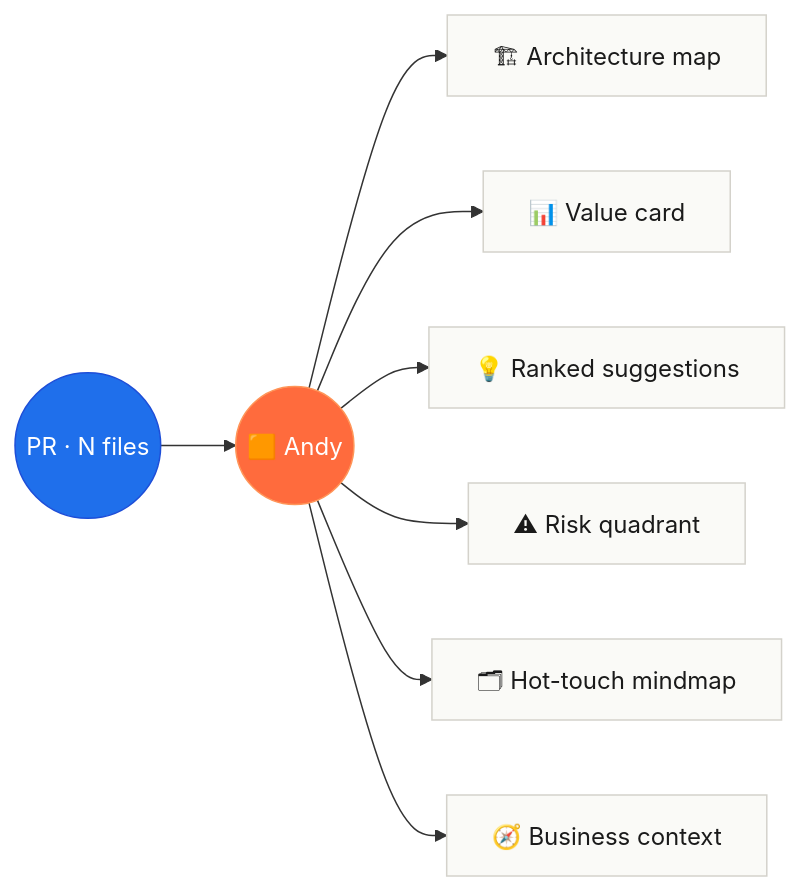
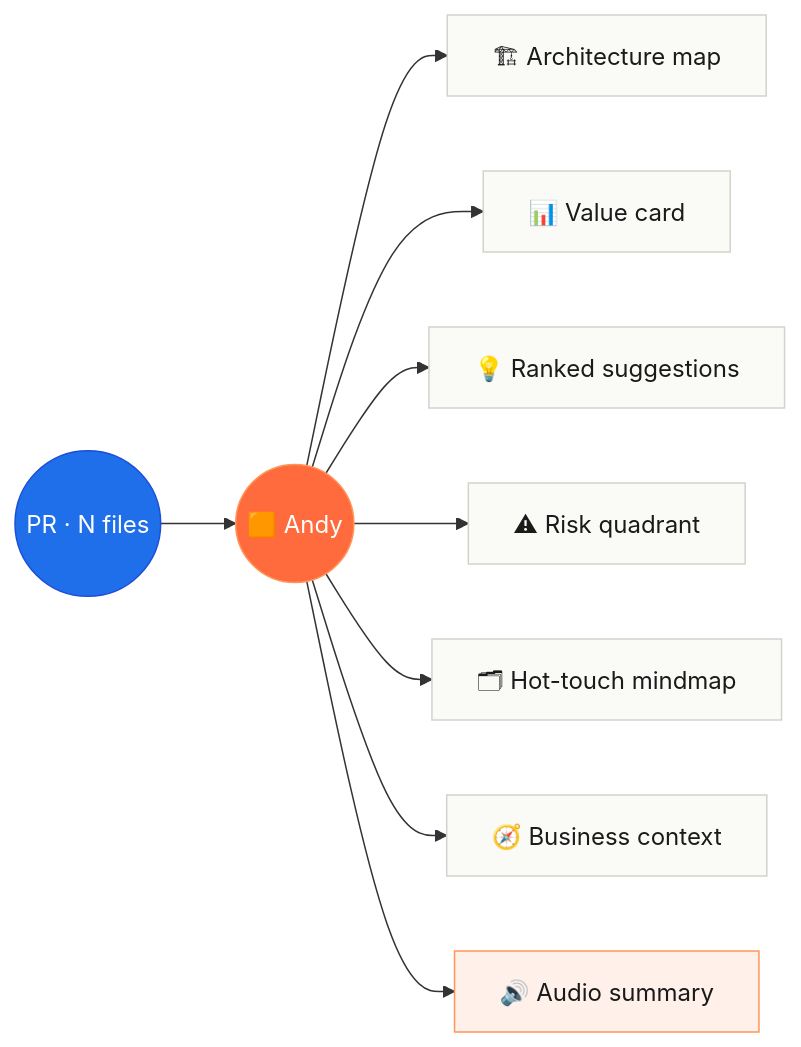
One commit to refactorlab/andy changed the diagram in README.md. Above: the diagram before and after it, drawn with Mermaid. The commit also changed other lines of this file and 18 other files, not shown here.

First line of the commit message:
feat(ui): audio summary player + regenerated PR-comment banners

````diff
--- a/README.md
+++ b/README.md
@@ -137,16 +137,19 @@
 ```mermaid
 flowchart LR
     PR((PR · N files)) --> Andy((🟧 Andy))
     Andy --> A1[🏗 Architecture map]
     Andy --> A2[📊 Value card]
     Andy --> A3[💡 Ranked suggestions]
     Andy --> A4[⚠ Risk quadrant]
     Andy --> A5[🗂 Hot-touch mindmap]
     Andy --> A6[🧭 Business context]
+    Andy --> A7[🔊 Audio summary]
     classDef src fill:#1f6feb,stroke:#1d4ed8,color:#fff
     classDef hub fill:#ff6b3d,stroke:#ff9558,color:#fff
     classDef out fill:#fafaf7,stroke:#d4d2cb,color:#1a1a1a
+    classDef aud fill:#fff1ea,stroke:#ff9558,color:#1a1a1a
     class PR src
     class Andy hub
     class A1,A2,A3,A4,A5,A6 out
+    class A7 aud
 ```
````
